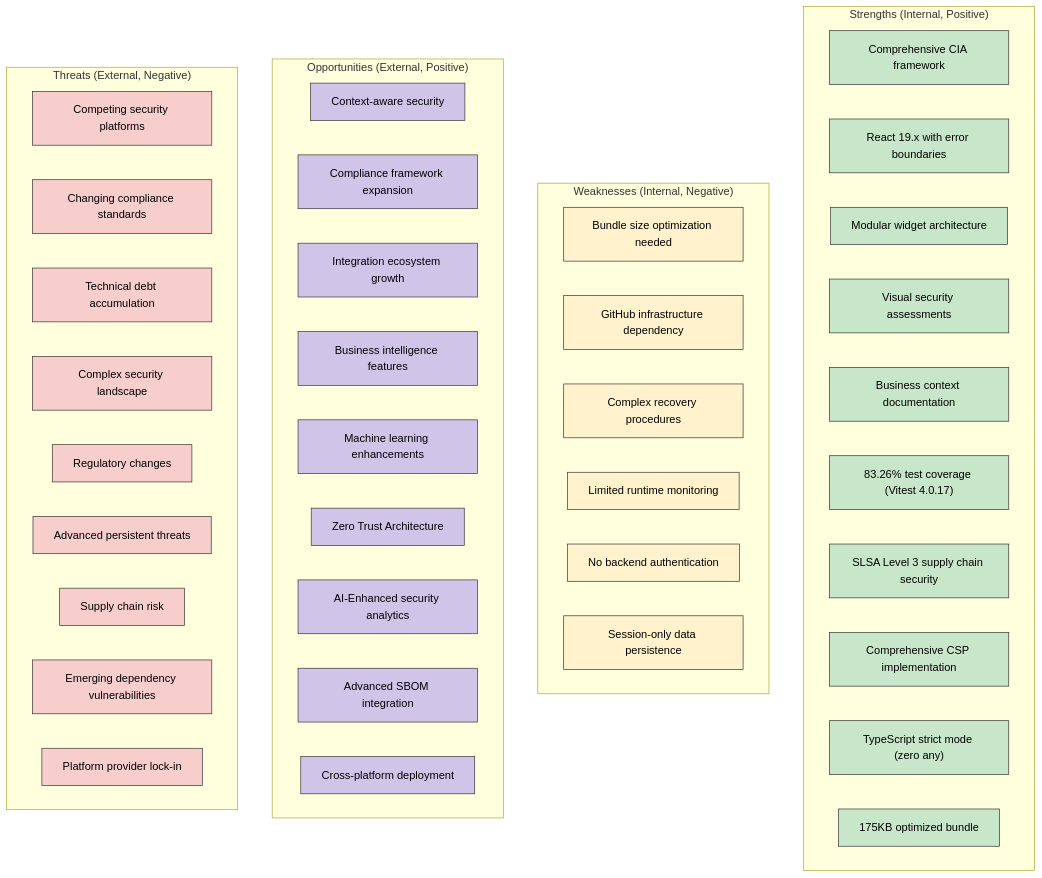
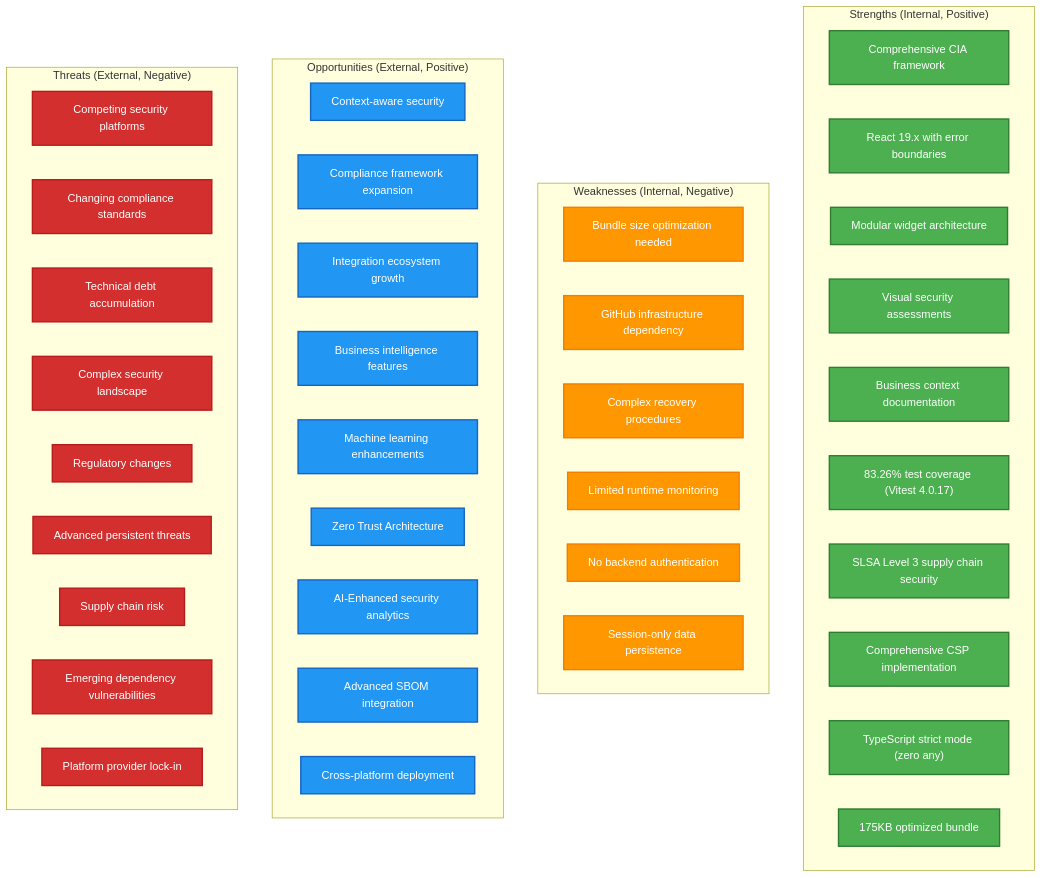
One commit to step-security-bot/cia-compliance-manager changed the second of 7 diagrams in docs/architecture/SWOT.md. Above: the diagram before and after it, drawn with Mermaid. The commit also changed other lines of this file and 27 other files, not shown here.

First line of the commit message:
fix: resolve broken mermaid diagrams and improve color coding to match ISMS style guide (#1106)

````diff
--- a/docs/architecture/SWOT.md
+++ b/docs/architecture/SWOT.md
@@ -121,59 +96,59 @@
 ```mermaid
 graph TD
     subgraph "Strengths (Internal, Positive)"
         S1["Comprehensive CIA framework"]
         S2["React 19.x with error boundaries"]
         S3["Modular widget architecture"]
         S4["Visual security assessments"]
         S5["Business context documentation"]
         S6["83.26% test coverage (Vitest 4.0.17)"]
         S7["SLSA Level 3 supply chain security"]
         S8["Comprehensive CSP implementation"]
         S9["TypeScript strict mode (zero any)"]
         S10["175KB optimized bundle"]
     end
 
     subgraph "Weaknesses (Internal, Negative)"
         W1["Bundle size optimization needed"]
         W2["GitHub infrastructure dependency"]
         W3["Complex recovery procedures"]
         W4["Limited runtime monitoring"]
         W5["No backend authentication"]
         W6["Session-only data persistence"]
     end
 
     subgraph "Opportunities (External, Positive)"
         O1["Context-aware security"]
         O2["Compliance framework expansion"]
         O3["Integration ecosystem growth"]
         O4["Business intelligence features"]
         O5["Machine learning enhancements"]
         O6["Zero Trust Architecture"]
         O7["AI-Enhanced security analytics"]
         O8["Advanced SBOM integration"]
         O9["Cross-platform deployment"]
     end
 
     subgraph "Threats (External, Negative)"
         T1["Competing security platforms"]
         T2["Changing compliance standards"]
         T3["Technical debt accumulation"]
         T4["Complex security landscape"]
         T5["Regulatory changes"]
         T6["Advanced persistent threats"]
         T7["Supply chain risk"]
         T8["Emerging dependency vulnerabilities"]
         T9["Platform provider lock-in"]
     end
 
     %% Style
-    classDef strengths fill:#c8e6c9,stroke:#333,stroke-width:1px,color:black
-    classDef weaknesses fill:#fff2cc,stroke:#333,stroke-width:1px,color:black
-    classDef opportunities fill:#d1c4e9,stroke:#333,stroke-width:1px,color:black
-    classDef threats fill:#f8cecc,stroke:#333,stroke-width:1px,color:black
+    classDef strengths fill:#4CAF50,stroke:#2E7D32,stroke-width:2px,color:#ffffff
+    classDef weaknesses fill:#FF9800,stroke:#F57C00,stroke-width:2px,color:#ffffff
+    classDef opportunities fill:#2196F3,stroke:#1565C0,stroke-width:2px,color:#ffffff
+    classDef threats fill:#D32F2F,stroke:#B71C1C,stroke-width:2px,color:#ffffff
 
     class S1,S2,S3,S4,S5,S6,S7,S8,S9,S10 strengths
     class W1,W2,W3,W4,W5,W6 weaknesses
     class O1,O2,O3,O4,O5,O6,O7,O8,O9 opportunities
     class T1,T2,T3,T4,T5,T6,T7,T8,T9 threats
 ```
````
